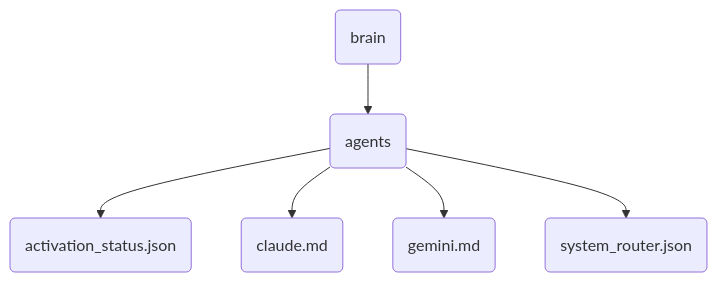
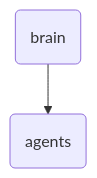
Before and after one commit to LongLeo287/OmniClaw: the diagram in brain/agents/_DIR_IDENTITY.md, drawn with Mermaid. The commit also changed other lines of this file and 8486 other files, not shown here.

````diff
--- a/brain/agents/_DIR_IDENTITY.md
+++ b/brain/agents/_DIR_IDENTITY.md
@@ -18,8 +22,4 @@
 ```mermaid
 graph TD
   Parent("brain") --> Node("agents")
-  Node --> Sub1("activation_status.json")
-  Node --> Sub2("claude.md")
-  Node --> Sub3("gemini.md")
-  Node --> Sub4("system_router.json")
 ```
````
